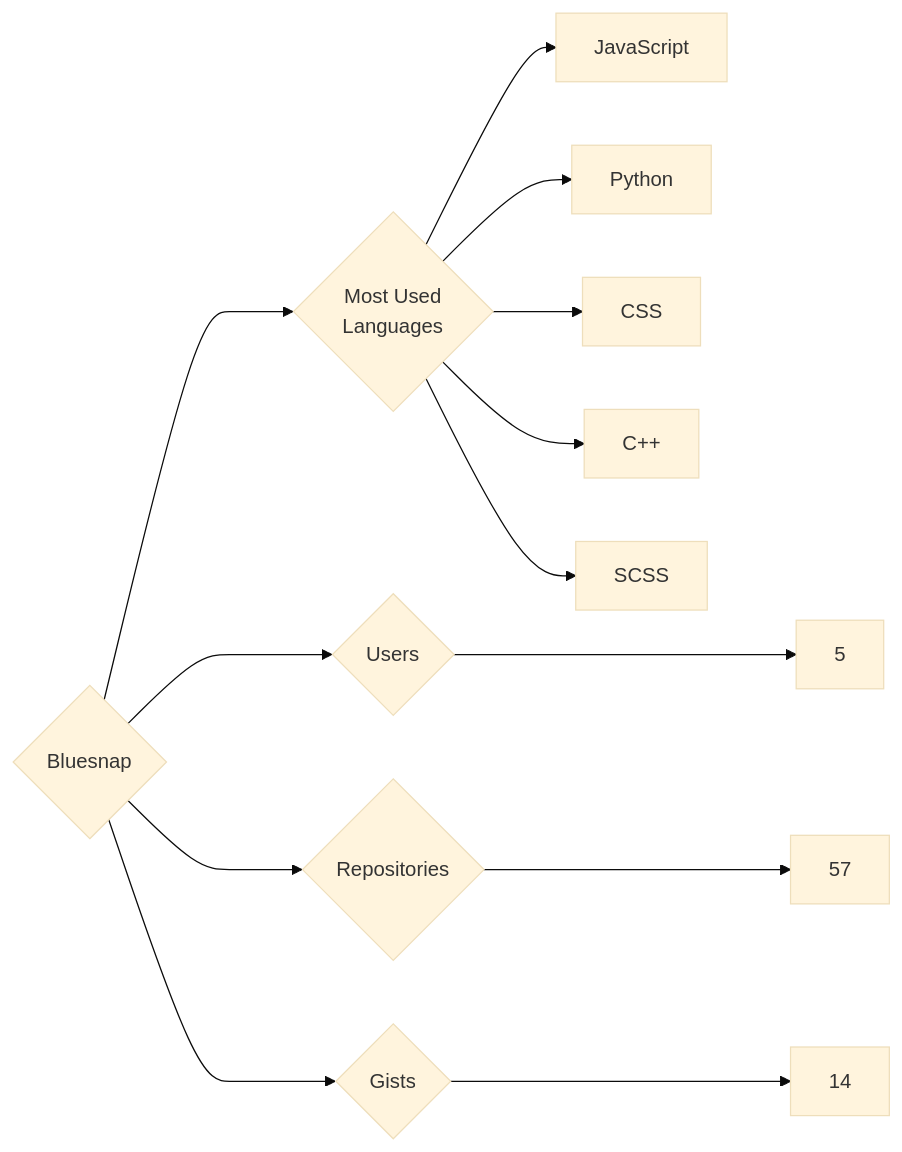
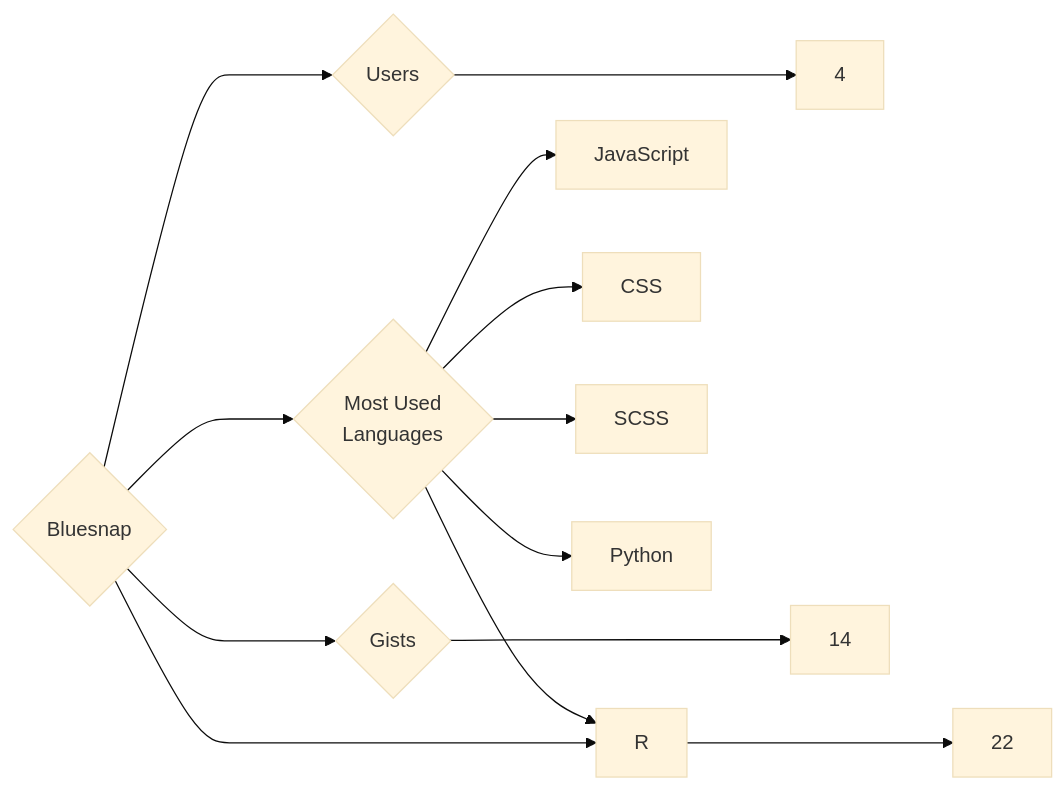
Before and after one commit to trickest/insiders: the diagram in targets/Bluesnap/README.md, drawn with Mermaid (base theme). The commit also changed 723 other files, not shown here.

````diff
--- a/targets/Bluesnap/README.md
+++ b/targets/Bluesnap/README.md
@@ -3,13 +3,13 @@
 ```mermaid
 graph LR
 COMPANY_NAME{Bluesnap}
-COMPANY_NAME ---> U{Users} ---> UN[5]
-COMPANY_NAME ---> R{Repositories} ---> RN[57]
+COMPANY_NAME ---> U{Users} ---> UN[4]
+COMPANY_NAME ---> R{Repositories} ---> RN[22]
 COMPANY_NAME ---> G{Gists} ---> GN[14]
 COMPANY_NAME ---> ML{Most Used<br>Languages}
 ML --> JavaScript[JavaScript]
+ML --> CSS[CSS]
+ML --> SCSS[SCSS]
+ML --> R[R]
 ML --> Python[Python]
-ML --> CSS[CSS]
-ML --> C++[C++]
-ML --> SCSS[SCSS]
 ```
````
